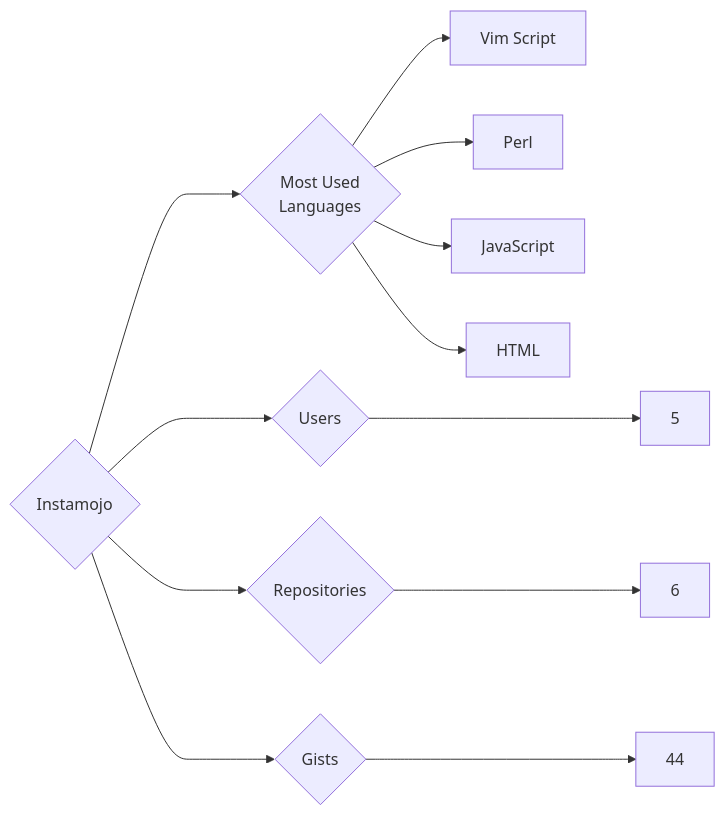
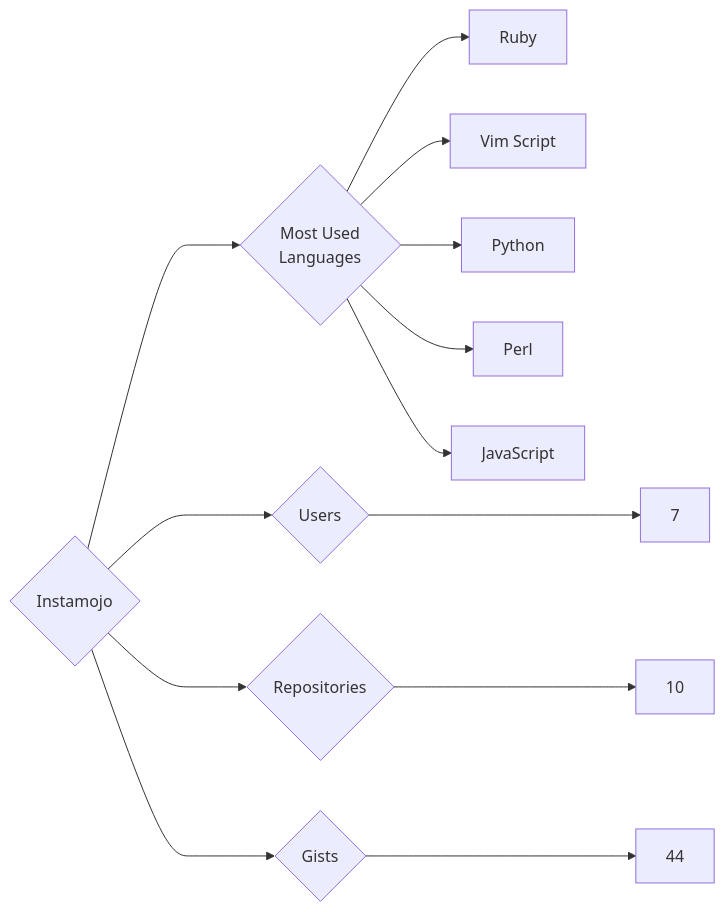
The diagram in targets/Instamojo/README.md (trickest/insiders), drawn with Mermaid before and after one commit. The commit also changed 912 other files, not shown here.

````diff
--- a/targets/Instamojo/README.md
+++ b/targets/Instamojo/README.md
@@ -3,12 +3,13 @@
 ```mermaid
 graph LR
 COMPANY_NAME{Instamojo}
-COMPANY_NAME ---> U{Users} ---> UN[5]
-COMPANY_NAME ---> R{Repositories} ---> RN[6]
+COMPANY_NAME ---> U{Users} ---> UN[7]
+COMPANY_NAME ---> R{Repositories} ---> RN[10]
 COMPANY_NAME ---> G{Gists} ---> GN[44]
 COMPANY_NAME ---> ML{Most Used<br>Languages}
+ML --> Ruby[Ruby]
 ML --> Vim_Script[Vim Script]
+ML --> Python[Python]
 ML --> Perl[Perl]
 ML --> JavaScript[JavaScript]
-ML --> HTML[HTML]
 ```
````
